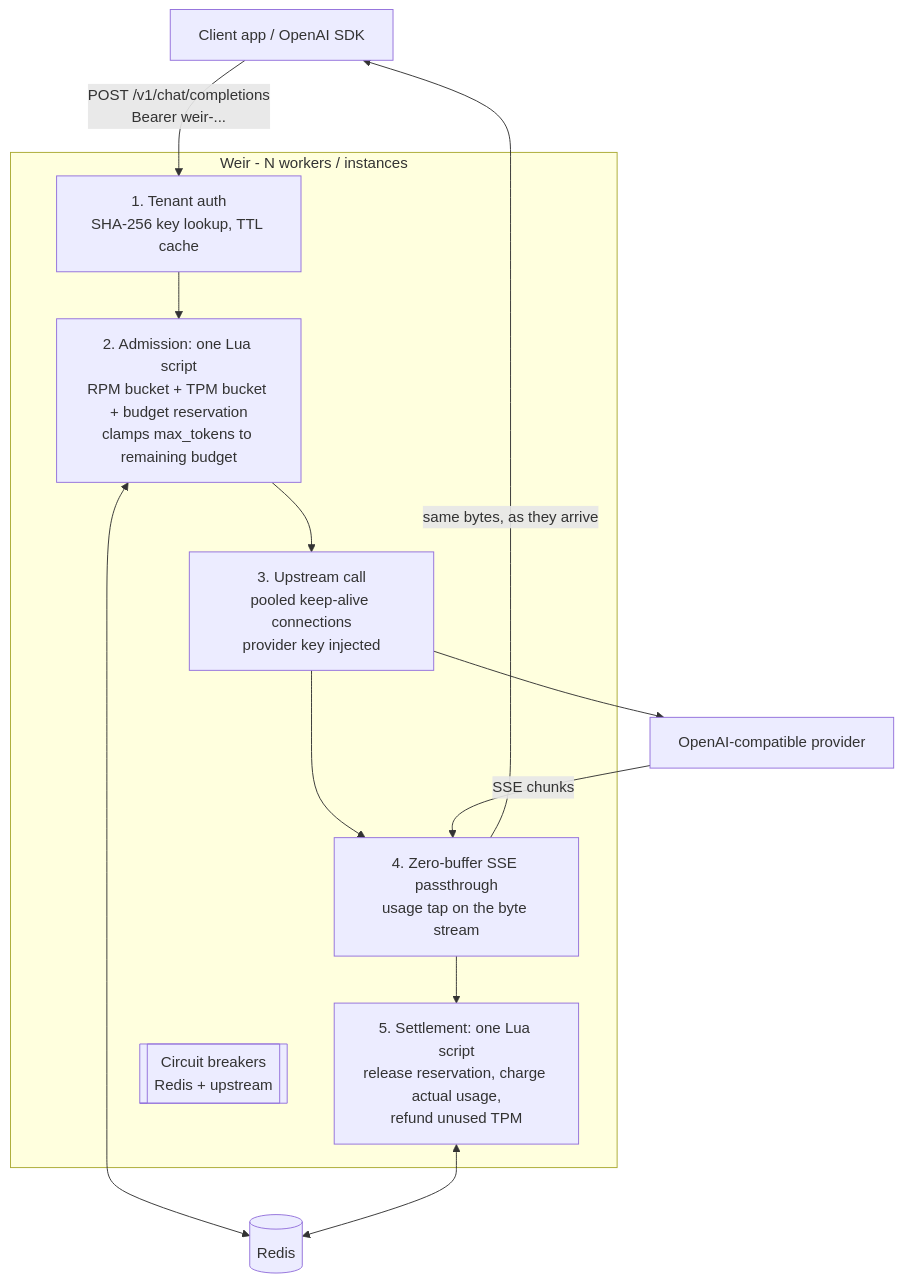
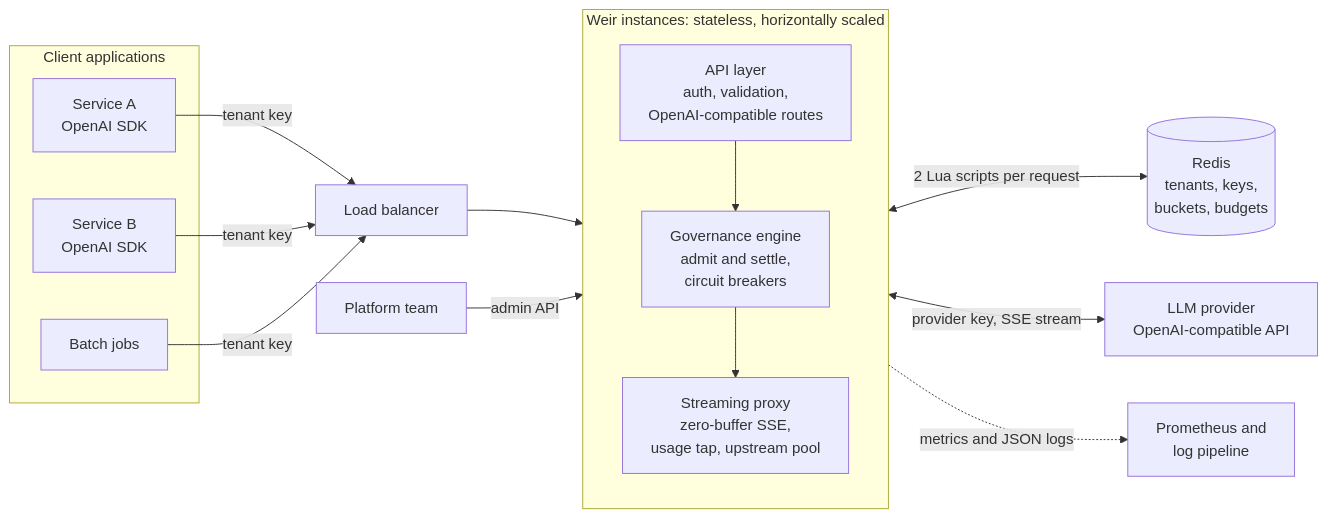
Before and after one commit to valentinakiyungi/weir: the first of 3 diagrams in README.md, drawn with Mermaid. The commit also changed other lines of this file, not shown here.

Commit message:
Rewrite README with new architecture section

````diff
--- a/README.md
+++ b/README.md
@@ -36,19 +71,29 @@
 ```mermaid
-graph TD
-    Client[Client app / OpenAI SDK] -->|POST /v1/chat/completions<br/>Bearer weir-...| Auth
-
-    subgraph Gateway [Weir - N workers / instances]
-        Auth[1. Tenant auth<br/>SHA-256 key lookup, TTL cache] --> Admit
-        Admit[2. Admission: one Lua script<br/>RPM bucket + TPM bucket + budget reservation<br/>clamps max_tokens to remaining budget] --> Proxy
-        Proxy[3. Upstream call<br/>pooled keep-alive connections<br/>provider key injected] --> Tap
-        Tap[4. Zero-buffer SSE passthrough<br/>usage tap on the byte stream] --> Settle
-        Settle[5. Settlement: one Lua script<br/>release reservation, charge actual usage,<br/>refund unused TPM]
-        Breaker[[Circuit breakers<br/>Redis + upstream]]
+flowchart LR
+    subgraph clients["Client applications"]
+        A1["Service A<br/>OpenAI SDK"]
+        A2["Service B<br/>OpenAI SDK"]
+        A3["Batch jobs"]
     end
 
-    Admit <--> Redis[(Redis)]
-    Settle <--> Redis
-    Proxy --> Upstream[OpenAI-compatible provider]
-    Upstream -->|SSE chunks| Tap
-    Tap -->|same bytes, as they arrive| Client
+    LB["Load balancer"]
+    ADM["Platform team"]
+
+    subgraph weir["Weir instances: stateless, horizontally scaled"]
+        direction TB
+        API["API layer<br/>auth, validation,<br/>OpenAI-compatible routes"]
+        GOV["Governance engine<br/>admit and settle,<br/>circuit breakers"]
+        PX["Streaming proxy<br/>zero-buffer SSE,<br/>usage tap, upstream pool"]
+        API --> GOV --> PX
+    end
+
+    R[("Redis<br/>tenants, keys,<br/>buckets, budgets")]
+    P["LLM provider<br/>OpenAI-compatible API"]
+    M["Prometheus and<br/>log pipeline"]
+
+    A1 & A2 & A3 -- "tenant key" --> LB --> API
+    ADM -- "admin API" --> API
+    GOV <-- "2 Lua scripts per request" --> R
+    PX <-- "provider key, SSE stream" --> P
+    API -. "metrics and JSON logs" .-> M
 ```
````
